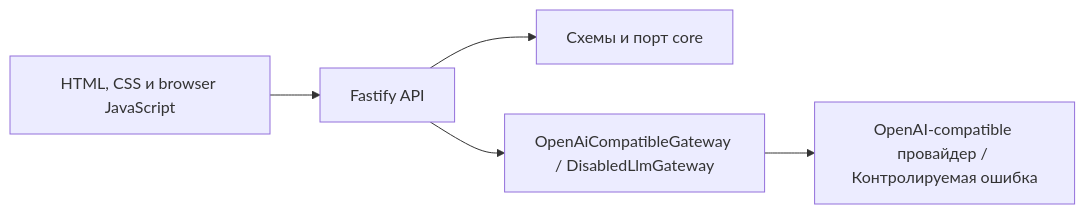
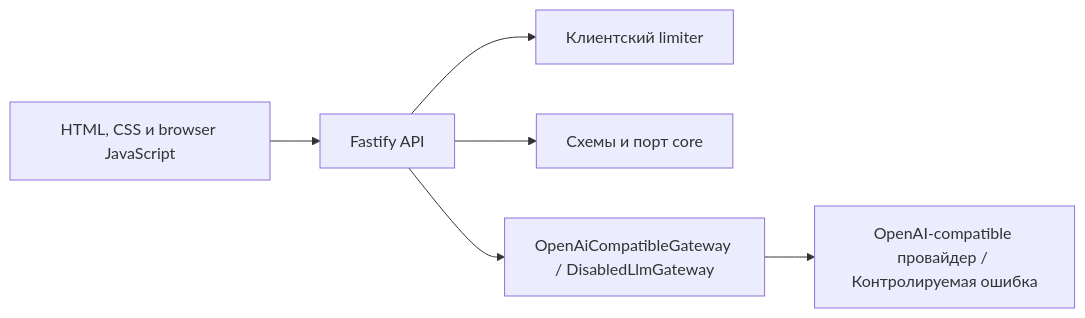
Before and after one commit to ashikov/uo-request-generator: the diagram in docs/ARCHITECTURE.md, drawn with Mermaid. The commit also changed other lines of this file and 16 other files, not shown here.

````diff
--- a/docs/ARCHITECTURE.md
+++ b/docs/ARCHITECTURE.md
@@ -8,7 +8,8 @@
 ```mermaid
 flowchart LR
     Browser[HTML, CSS и browser JavaScript] --> Route[Fastify API]
+    Route --> Limiter[Клиентский limiter]
     Route --> Core[Схемы и порт core]
     Route --> Adapter[OpenAiCompatibleGateway / DisabledLlmGateway]
     Adapter --> LLM[OpenAI-compatible провайдер / Контролируемая ошибка]
 ```
````
